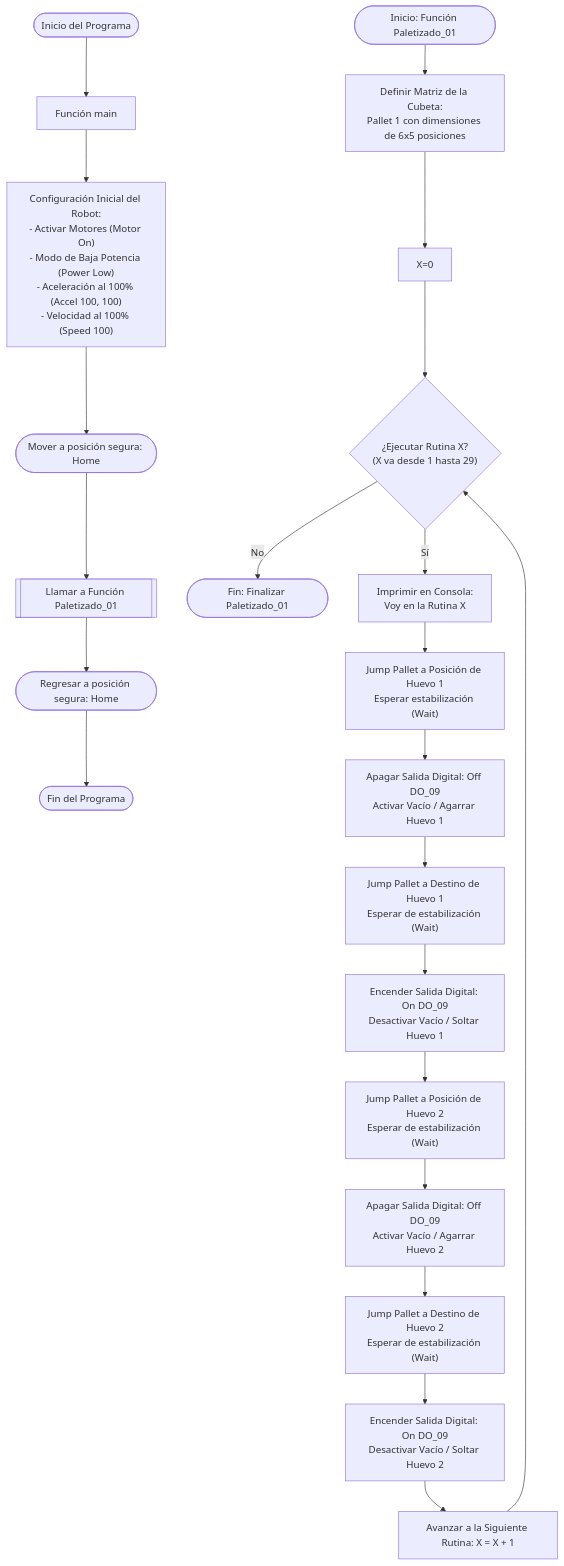
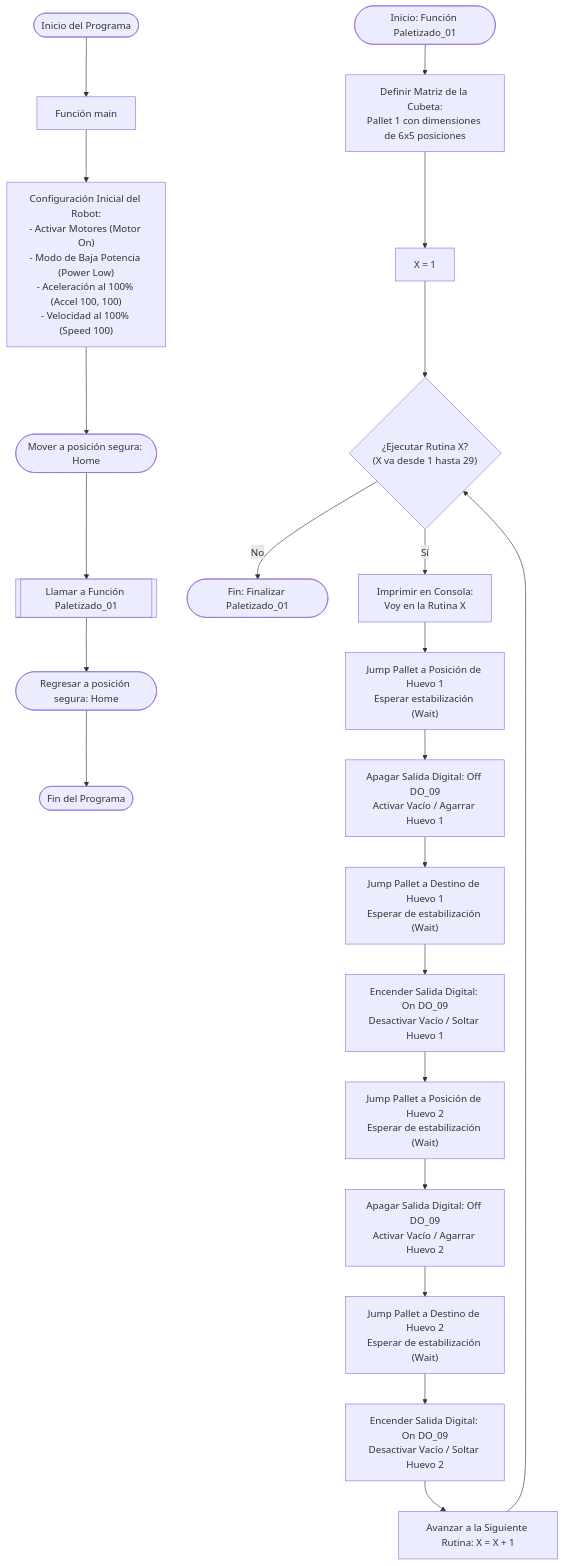
One commit to labsir-un/Robotica-2026-I-Equipo-3C-Moreno-Ramos changed the diagram in Laboratorio No. 03 - Robótica Industrial EPSON T3 401S y EPSON RC+/README.MD. Above: the diagram before and after it, drawn with Mermaid.

````diff
--- a/Laboratorio No. 03 - Robótica Industrial EPSON T3 401S y EPSON RC+/README.MD
+++ b/Laboratorio No. 03 - Robótica Industrial EPSON T3 401S y EPSON RC+/README.MD
@@ -214,25 +214,25 @@
 ```mermaid
 
 flowchart TB
     Start(["Inicio del Programa"]) --> Main["Función main"]
     Main --> Init["Configuración Inicial del Robot:<br>- Activar Motores (Motor On)<br>- Modo de Baja Potencia (Power Low)<br>- Aceleración al 100% (Accel 100, 100)<br>- Velocidad al 100% (Speed 100)"]
     Init --> GoHome1(["Mover a posición segura: Home"])
     GoHome1 --> CallRoutine[["Llamar a Función Paletizado_01"]]
     CallRoutine --> GoHome2(["Regresar a posición segura: Home"])
     GoHome2 --> EndProg(["Fin del Programa"])
     Start1(["Inicio: Función Paletizado_01"]) --> DefPallet["Definir Matriz de la Cubeta:<br>Pallet 1 con dimensiones de 6x5 posiciones"]
-    DefPallet -->x["X=0"]
+    DefPallet -->x["X = 1"]
     x --> RoutineLoop{"¿Ejecutar Rutina X?<br>(X va desde 1 hasta 29)"}
     RoutineLoop -- No --> EndRoutine(["Fin: Finalizar Paletizado_01"])
     RoutineLoop -- Sí --> PrintMsg["Imprimir en Consola:<br>Voy en la Rutina X"]
     PrintMsg --> PickH1["Jump Pallet a Posición de Huevo 1<br>Esperar estabilización (Wait)"]
     PickH1 --> GrabH1["Apagar Salida Digital: Off DO_09<br>Activar Vacío / Agarrar Huevo 1"]
     GrabH1 --> DropH1["Jump Pallet a Destino de Huevo 1<br>Esperar de estabilización (Wait)"]
     DropH1 --> ReleaseH1["Encender Salida Digital: On DO_09<br>Desactivar Vacío / Soltar Huevo 1"]
     ReleaseH1 --> PickH2["Jump Pallet a Posición de Huevo 2<br>Esperar de estabilización (Wait)"]
     PickH2 --> GrabH2["Apagar Salida Digital: Off DO_09<br>Activar Vacío / Agarrar Huevo 2"]
     GrabH2 --> DropH2["Jump Pallet a Destino de Huevo 2<br>Esperar de estabilización (Wait)"]
     DropH2 --> ReleaseH2["Encender Salida Digital: On DO_09<br>Desactivar Vacío / Soltar Huevo 2"]
     ReleaseH2 --> NextRoutine["Avanzar a la Siguiente Rutina: X = X + 1"]
     NextRoutine --> RoutineLoop
 ```
````
